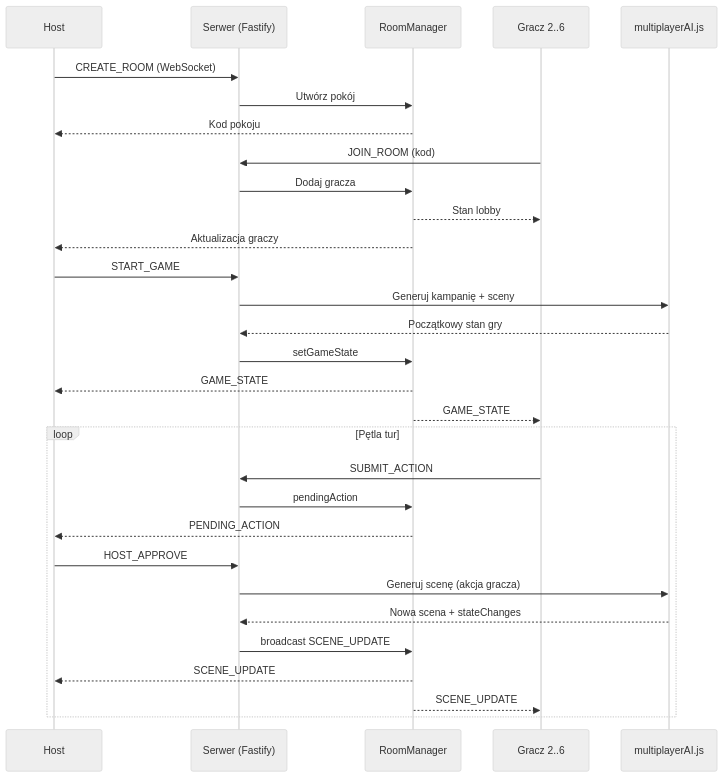
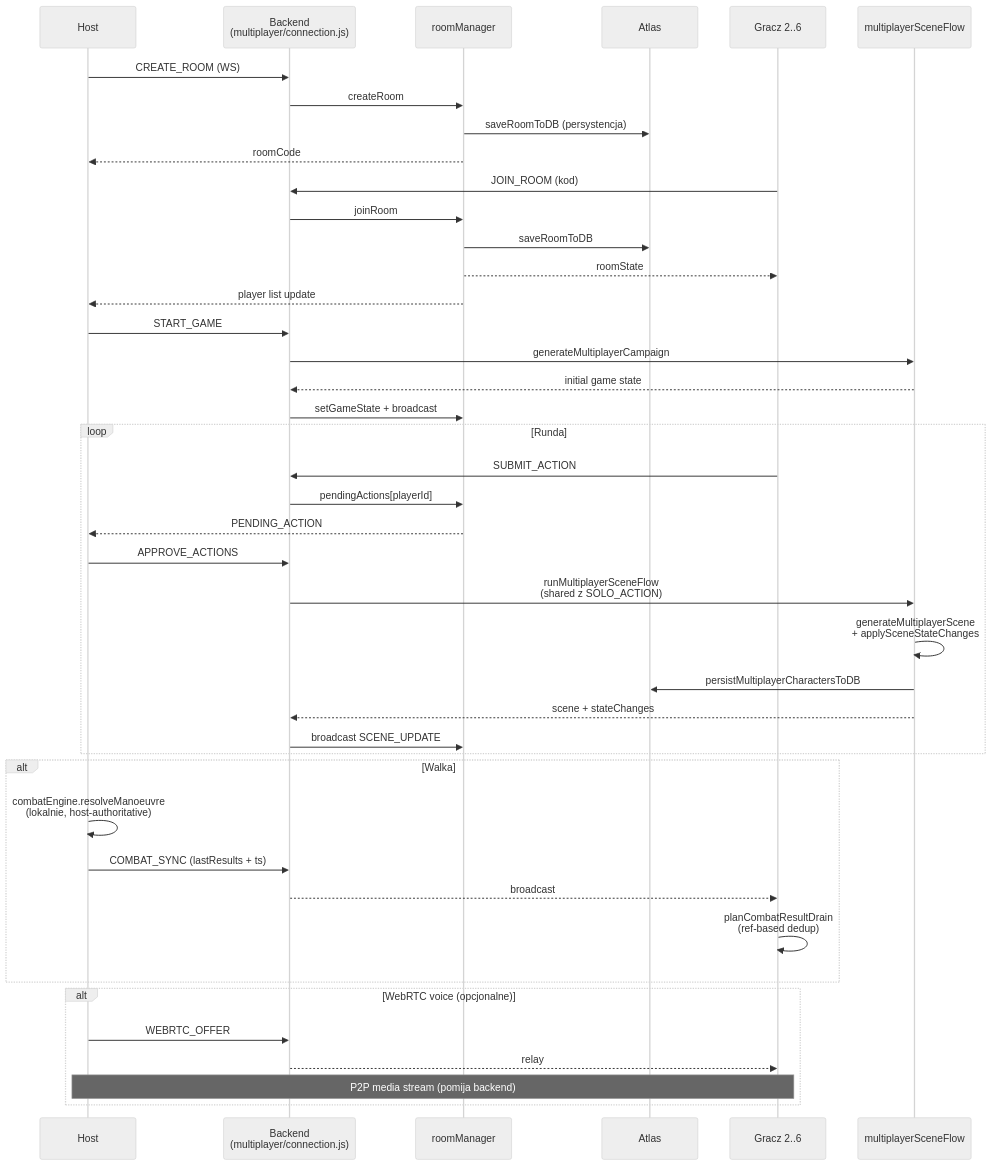
Before and after one commit to piotrsnow/rage-player-game: the fourth of 4 diagrams in README.md, drawn with Mermaid (neutral theme). The commit also changed other lines of this file and 75 other files, not shown here.

````diff
--- a/README.md
+++ b/README.md
@@ -204,36 +297,50 @@
 ```mermaid
 sequenceDiagram
     participant H as Host
-    participant S as Serwer (Fastify)
-    participant RM as RoomManager
+    participant S as Backend<br/>(multiplayer/connection.js)
+    participant RM as roomManager
+    participant DB as Atlas
     participant P as Gracz 2..6
-    participant AI as multiplayerAI.js
+    participant MP as multiplayerSceneFlow
 
-    H->>S: CREATE_ROOM (WebSocket)
-    S->>RM: Utwórz pokój
-    RM-->>H: Kod pokoju
+    H->>S: CREATE_ROOM (WS)
+    S->>RM: createRoom
+    RM->>DB: saveRoomToDB (persystencja)
+    RM-->>H: roomCode
 
     P->>S: JOIN_ROOM (kod)
-    S->>RM: Dodaj gracza
-    RM-->>P: Stan lobby
-    RM-->>H: Aktualizacja graczy
+    S->>RM: joinRoom
+    RM->>DB: saveRoomToDB
+    RM-->>P: roomState
+    RM-->>H: player list update
 
     H->>S: START_GAME
-    S->>AI: Generuj kampanię + sceny
-    AI-->>S: Początkowy stan gry
-    S->>RM: setGameState
-    RM-->>H: GAME_STATE
-    RM-->>P: GAME_STATE
+    S->>MP: generateMultiplayerCampaign
+    MP-->>S: initial game state
+    S->>RM: setGameState + broadcast
 
-    loop Pętla tur
+    loop Runda
         P->>S: SUBMIT_ACTION
-        S->>RM: pendingAction
+        S->>RM: pendingActions[playerId]
         RM-->>H: PENDING_ACTION
-        H->>S: HOST_APPROVE
-        S->>AI: Generuj scenę (akcja gracza)
-        AI-->>S: Nowa scena + stateChanges
+        H->>S: APPROVE_ACTIONS
+        S->>MP: runMultiplayerSceneFlow<br/>(shared z SOLO_ACTION)
+        MP->>MP: generateMultiplayerScene<br/>+ applySceneStateChanges
+        MP->>DB: persistMultiplayerCharactersToDB
+        MP-->>S: scene + stateChanges
         S->>RM: broadcast SCENE_UPDATE
-        RM-->>H: SCENE_UPDATE
-        RM-->>P: SCENE_UPDATE
+    end
+
+    alt Walka
+        H->>H: combatEngine.resolveManoeuvre<br/>(lokalnie, host-authoritative)
+        H->>S: COMBAT_SYNC (lastResults + ts)
+        S-->>P: broadcast
+        P->>P: planCombatResultDrain<br/>(ref-based dedup)
+    end
+
+    alt WebRTC voice (opcjonalne)
+        H->>S: WEBRTC_OFFER
+        S-->>P: relay
+        Note over H,P: P2P media stream (pomija backend)
     end
 ```
````
